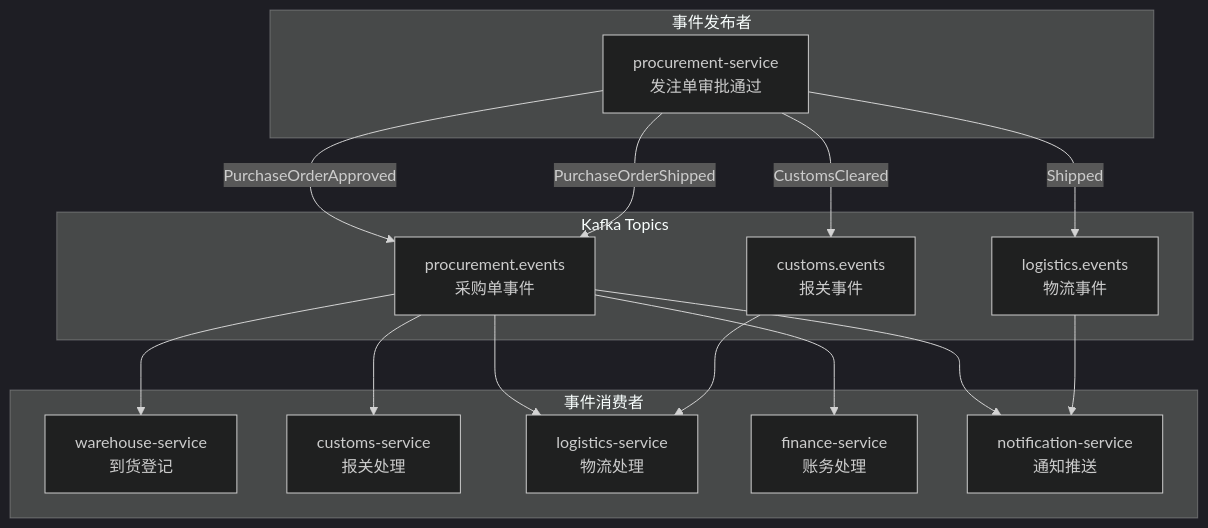
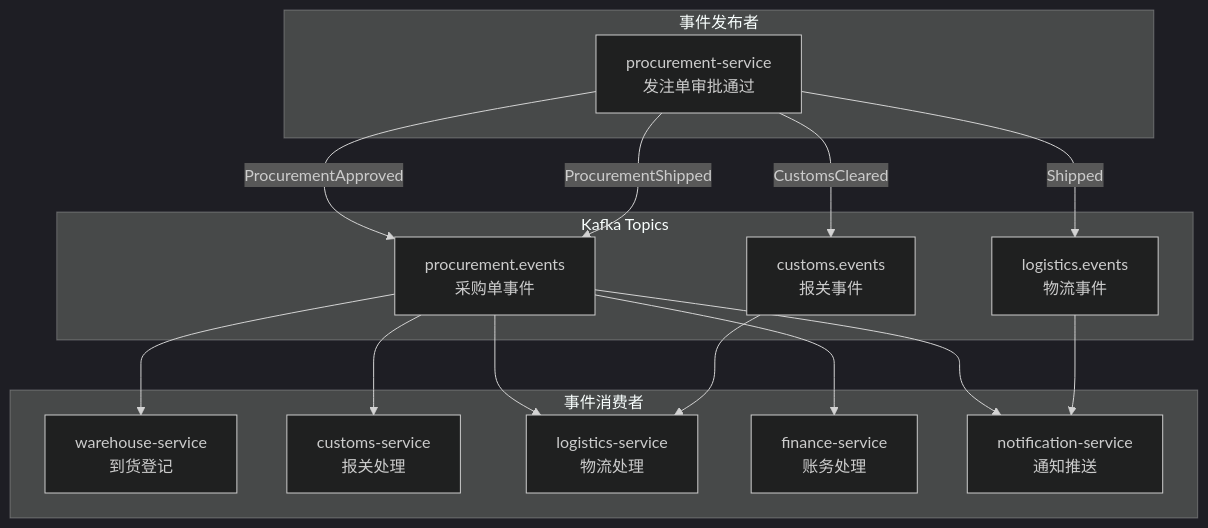
Before and after one commit to jieraltjp/ManpouChinaSystem: the fifth of 6 diagrams in docs/ui/ARCHITECTURE.md, drawn with Mermaid (dark theme). The commit also changed 18 other files, not shown here.

````diff
--- a/docs/ui/ARCHITECTURE.md
+++ b/docs/ui/ARCHITECTURE.md
@@ -169,33 +169,33 @@
 ```mermaid
 flowchart TB
     subgraph Producers["事件发布者"]
         PROC_P["procurement-service\n发注单审批通过"]
     end
 
     subgraph Topics["Kafka Topics"]
         T1["procurement.events\n采购单事件"]
         T2["customs.events\n报关事件"]
         T3["logistics.events\n物流事件"]
     end
 
     subgraph Consumers["事件消费者"]
         W["warehouse-service\n到货登记"]
         C["customs-service\n报关处理"]
         L["logistics-service\n物流处理"]
         F["finance-service\n账务处理"]
         N["notification-service\n通知推送"]
     end
 
-    PROC_P -->|"PurchaseOrderApproved"| T1
-    PROC_P -->|"PurchaseOrderShipped"| T1
+    PROC_P -->|"ProcurementApproved"| T1
+    PROC_P -->|"ProcurementShipped"| T1
     PROC_P -->|"CustomsCleared"| T2
     PROC_P -->|"Shipped"| T3
 
     T1 --> W
     T1 --> C
     T1 --> L
     T1 --> F
     T1 --> N
     T2 --> L
     T3 --> N
 ```
````
